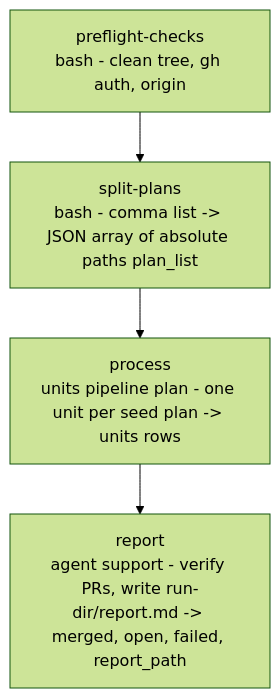
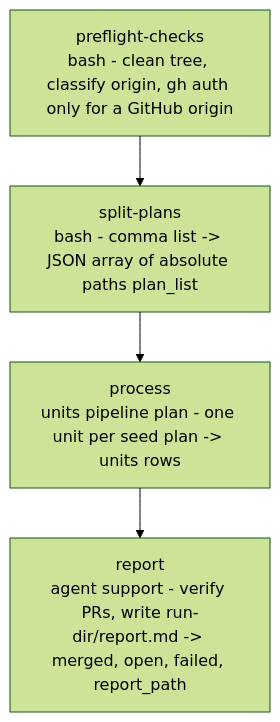
One commit to e1024kb/wise-claude changed the diagram in plugins/wise/workflows/impl-plan-auto/README.md. Above: the diagram before and after it, drawn with Mermaid (forest theme). The commit also changed other lines of this file and 4 other files, not shown here.

Commit message:
docs(wise): document no-GitHub-remote behavior and bump to 5.14.0 (#88)

````diff
--- a/plugins/wise/workflows/impl-plan-auto/README.md
+++ b/plugins/wise/workflows/impl-plan-auto/README.md
@@ -53,6 +57,6 @@
 ```mermaid
 flowchart TD
-    A[preflight-checks<br/>bash - clean tree, gh auth, origin] --> B[split-plans<br/>bash - comma list -> JSON array of absolute paths plan_list]
+    A[preflight-checks<br/>bash - clean tree, classify origin, gh auth only for a GitHub origin] --> B[split-plans<br/>bash - comma list -> JSON array of absolute paths plan_list]
     B --> D[process<br/>units pipeline plan - one unit per seed plan -> units rows]
     D --> E[report<br/>agent support - verify PRs, write run-dir/report.md -> merged, open, failed, report_path]
 ```
````
